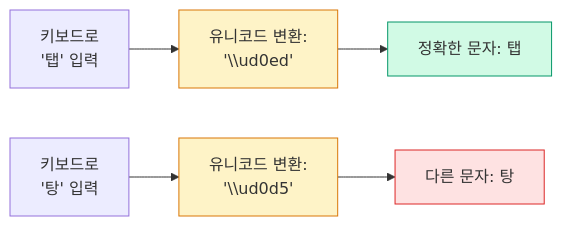
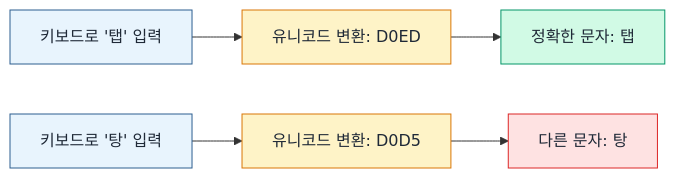
The fourth of 7 diagrams in content/diary/c/1.md (linisia/eric-company), drawn with Mermaid before and after one commit. The commit also changed other lines of this file and 1 other file, not shown here.

````diff
--- a/content/diary/c/1.md
+++ b/content/diary/c/1.md
@@ -93,11 +97,13 @@
 ```mermaid
 flowchart LR
-    A[키보드로<br/>'탭' 입력] --> B[유니코드 변환:<br/>'\\ud0ed']
-    A2[키보드로<br/>'탕' 입력] --> B2[유니코드 변환:<br/>'\\ud0d5']
-    B --> C[정확한 문자: 탭]
-    B2 --> C2[다른 문자: 탕]
-    style B fill:#fef3c7,stroke:#d97706
-    style B2 fill:#fef3c7,stroke:#d97706
-    style C fill:#d1fae5,stroke:#059669
-    style C2 fill:#fee2e2,stroke:#dc2626
+    A["키보드로 '탭' 입력"] --> B["유니코드 변환: D0ED"]
+    B --> C["정확한 문자: 탭"]
+    A2["키보드로 '탕' 입력"] --> B2["유니코드 변환: D0D5"]
+    B2 --> C2["다른 문자: 탕"]
+    style A fill:#e8f4fd,stroke:#2c5e8f,color:#1f2937
+    style A2 fill:#e8f4fd,stroke:#2c5e8f,color:#1f2937
+    style B fill:#fef3c7,stroke:#d97706,color:#1f2937
+    style B2 fill:#fef3c7,stroke:#d97706,color:#1f2937
+    style C fill:#d1fae5,stroke:#059669,color:#1f2937
+    style C2 fill:#fee2e2,stroke:#dc2626,color:#1f2937
 ```
````
